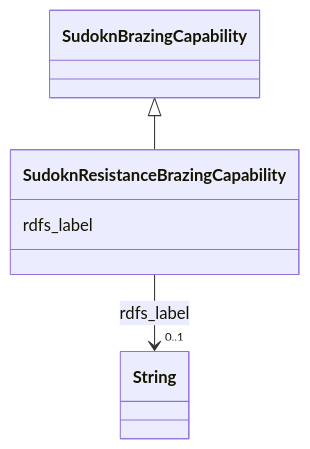
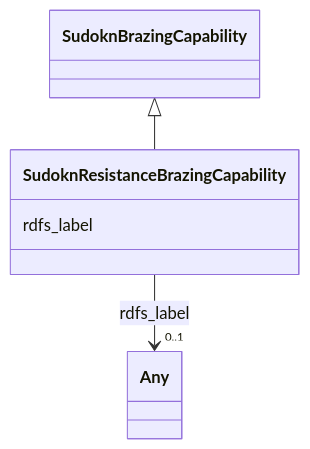
One commit to frink-okn/graph-descriptions changed the diagram in sudokn-kg/classes/SudoknResistanceBrazingCapability.md. Above: the diagram before and after it, drawn with Mermaid. The commit also changed other lines of this file and 903 other files, not shown here.

````diff
--- a/sudokn-kg/classes/SudoknResistanceBrazingCapability.md
+++ b/sudokn-kg/classes/SudoknResistanceBrazingCapability.md
@@ -23,18 +16,18 @@
 ```mermaid
  classDiagram
     class SudoknResistanceBrazingCapability
     click SudoknResistanceBrazingCapability href "../SudoknResistanceBrazingCapability"
       SudoknBrazingCapability <|-- SudoknResistanceBrazingCapability
         click SudoknBrazingCapability href "../SudoknBrazingCapability"
       
       SudoknResistanceBrazingCapability : rdfs_label
         
           
     
     
-    SudoknResistanceBrazingCapability --> "0..1" String : rdfs_label
-    click String href "../String"
+    SudoknResistanceBrazingCapability --> "0..1" Any : rdfs_label
+    click Any href "../Any"
 
         
       
 ```
````
